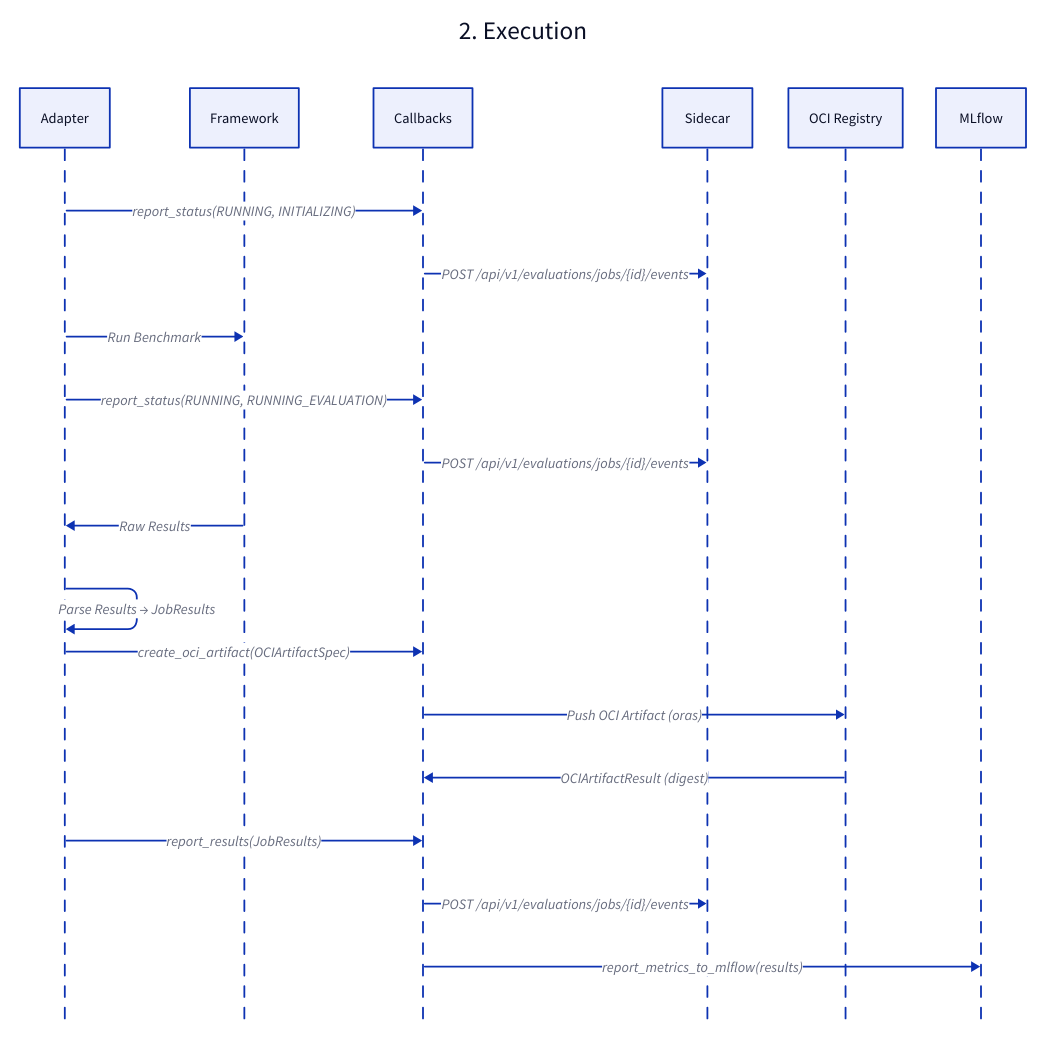
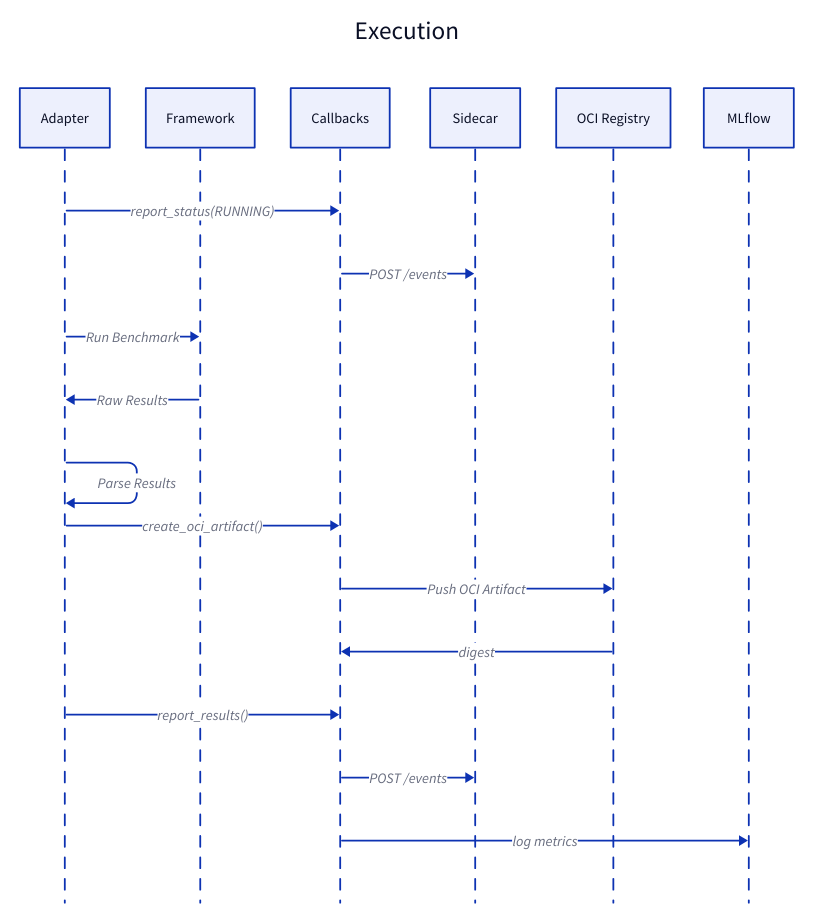
One commit to ruivieira/eval-hub.github.io changed the diagram in diagrams/adapter-execution-sequence.d2. Above: the diagram before and after it, drawn with D2. The commit also changed 79 other files, not shown here.

```diff
--- a/diagrams/adapter-execution-sequence.d2
+++ b/diagrams/adapter-execution-sequence.d2
@@ -1,24 +1,22 @@
-# Adapter execution sequence (development/architecture)
-exec: "2. Execution" {
+# Adapter execution sequence
+exec: Execution {
   shape: sequence_diagram
   a: Adapter
   f: Framework
   c: Callbacks
   s: Sidecar
-  r: "OCI Registry"
+  r: OCI Registry
   m: MLflow
 
-  a -> c: "report_status(RUNNING, INITIALIZING)"
-  c -> s: "POST /api/v1/evaluations/jobs/{id}/events"
-  a -> f: "Run Benchmark"
-  a -> c: "report_status(RUNNING, RUNNING_EVALUATION)"
-  c -> s: "POST /api/v1/evaluations/jobs/{id}/events"
-  f -> a: "Raw Results"
-  a -> a: "Parse Results → JobResults"
-  a -> c: "create_oci_artifact(OCIArtifactSpec)"
-  c -> r: "Push OCI Artifact (oras)"
-  r -> c: "OCIArtifactResult (digest)"
-  a -> c: "report_results(JobResults)"
-  c -> s: "POST /api/v1/evaluations/jobs/{id}/events"
-  c -> m: "report_metrics_to_mlflow(results)"
+  a -> c: report_status(RUNNING)
+  c -> s: POST /events
+  a -> f: Run Benchmark
+  f -> a: Raw Results
+  a -> a: Parse Results
+  a -> c: create_oci_artifact()
+  c -> r: Push OCI Artifact
+  r -> c: digest
+  a -> c: report_results()
+  c -> s: POST /events
+  c -> m: log metrics
 }
```
